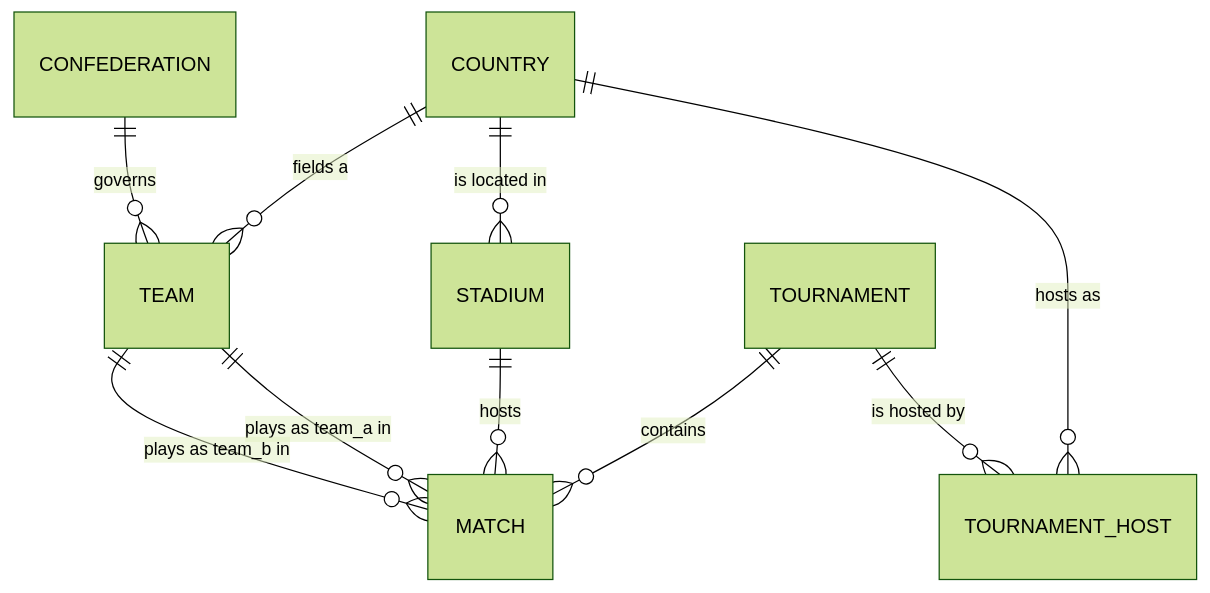
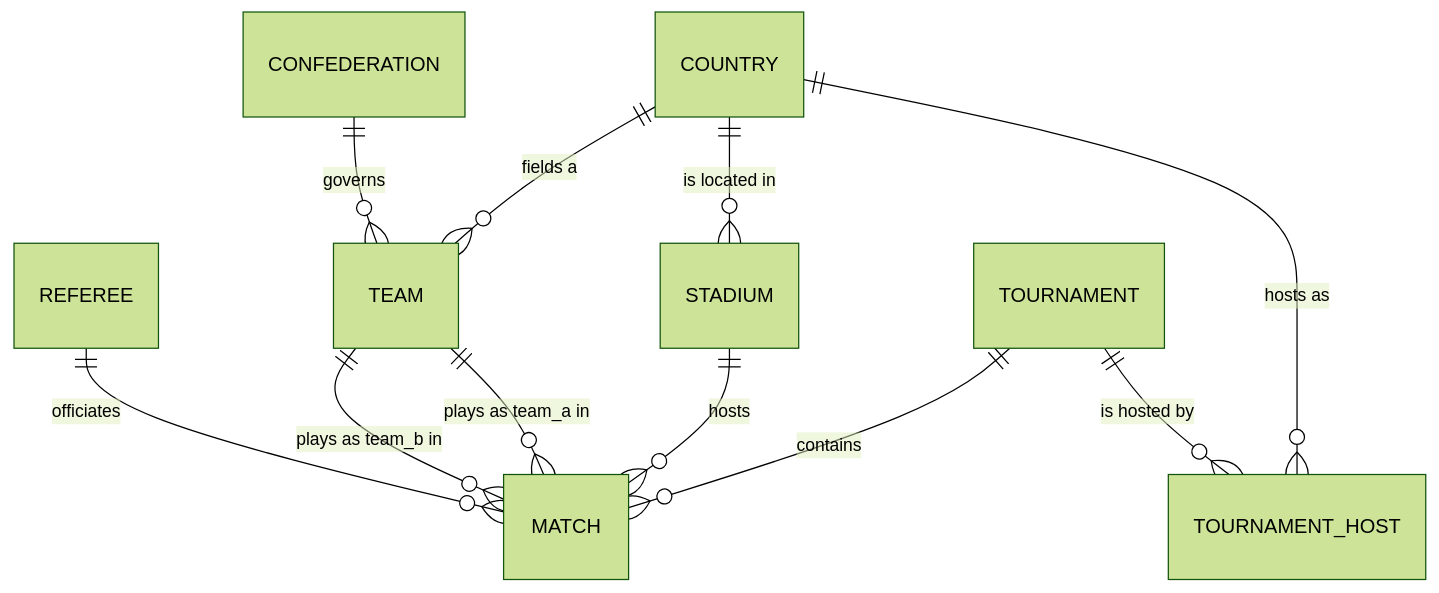
One commit to pawelMSoftware/world-cup-data changed the diagram in README.md. Above: the diagram before and after it, drawn with Mermaid (forest theme). The commit also changed other lines of this file and 11 other files, not shown here.

Commit message:
Link every match to its referee via referee_id

````diff
--- a/README.md
+++ b/README.md
@@ -108,12 +108,13 @@
 ```mermaid
 erDiagram
     COUNTRY ||--o{ TEAM : "fields a"
     COUNTRY ||--o{ STADIUM : "is located in"
     COUNTRY ||--o{ TOURNAMENT_HOST : "hosts as"
     CONFEDERATION ||--o{ TEAM : "governs"
     TOURNAMENT ||--o{ TOURNAMENT_HOST : "is hosted by"
     TOURNAMENT ||--o{ MATCH : "contains"
     STADIUM ||--o{ MATCH : "hosts"
     TEAM ||--o{ MATCH : "plays as team_a in"
     TEAM ||--o{ MATCH : "plays as team_b in"
+    REFEREE ||--o{ MATCH : "officiates"
 ```
````
